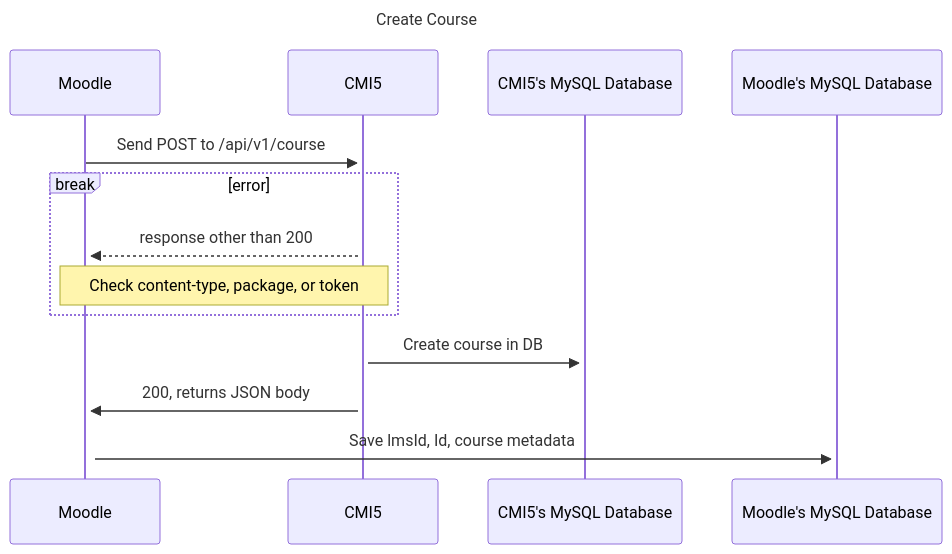
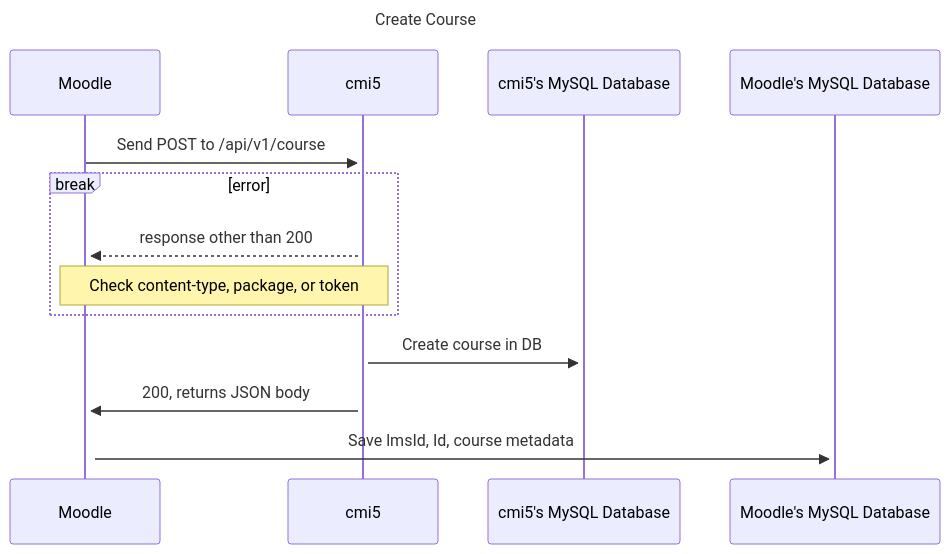
The second of 3 diagrams in README.md (keysoft101/Moodle-mod_cmi5launch), drawn with Mermaid before and after one commit. The commit also changed other lines of this file, not shown here.

````diff
--- a/README.md
+++ b/README.md
@@ -434,61 +134,21 @@
 ```mermaid
-
-
-
 sequenceDiagram
-
-
 
     title: Create Course
 
-
-
     participant Moodle
-
-
-
-    participant CMI5
-
-
-
-    participant C-DB as CMI5's MySQL Database
-
-
-
+    participant cmi5
+    participant C-DB as cmi5's MySQL Database
     participant M-DB as Moodle's MySQL Database
 
-
-
-    Moodle->>+CMI5: Send POST to /api/v1/course
-
-
+    Moodle->>+cmi5: Send POST to /api/v1/course
 
     break error
-
-
-
-    CMI5-->>+Moodle: response other than 200
-
-
-
-    Note over Moodle, CMI5: Check content-type, package, or token
-
-
-
+      cmi5-->>+Moodle: response other than 200
+      Note over Moodle, cmi5: Check content-type, package, or token
     end
 
-
-
-    CMI5->>+C-DB: Create course in DB
-
-
-
-    CMI5->>+Moodle: 200, returns JSON body
-
-
-
+    cmi5->>+C-DB: Create course in DB
+    cmi5->>+Moodle: 200, returns JSON body
     Moodle->>+M-DB: Save lmsId, Id, course metadata
-
-
-
 ```
````
